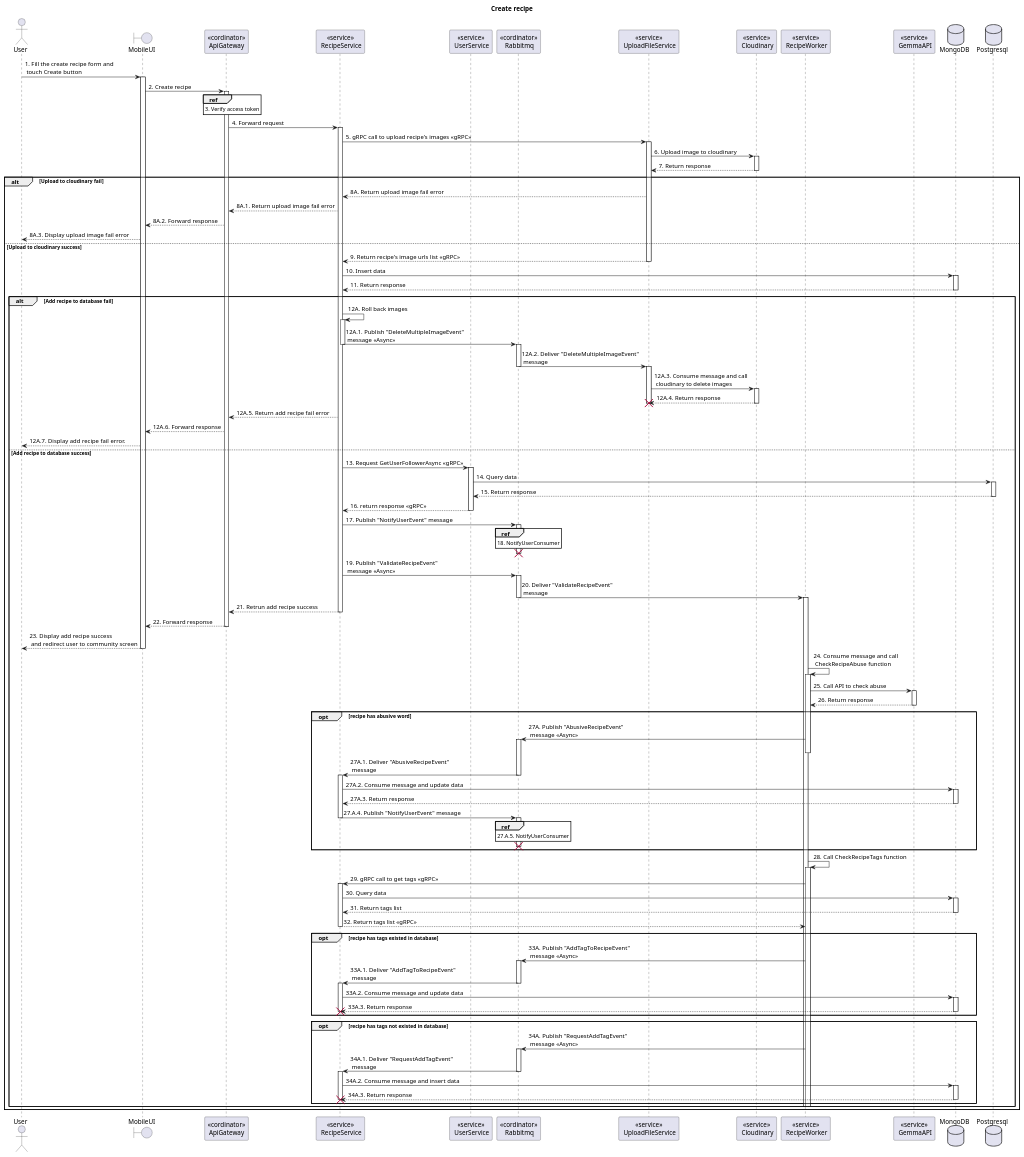
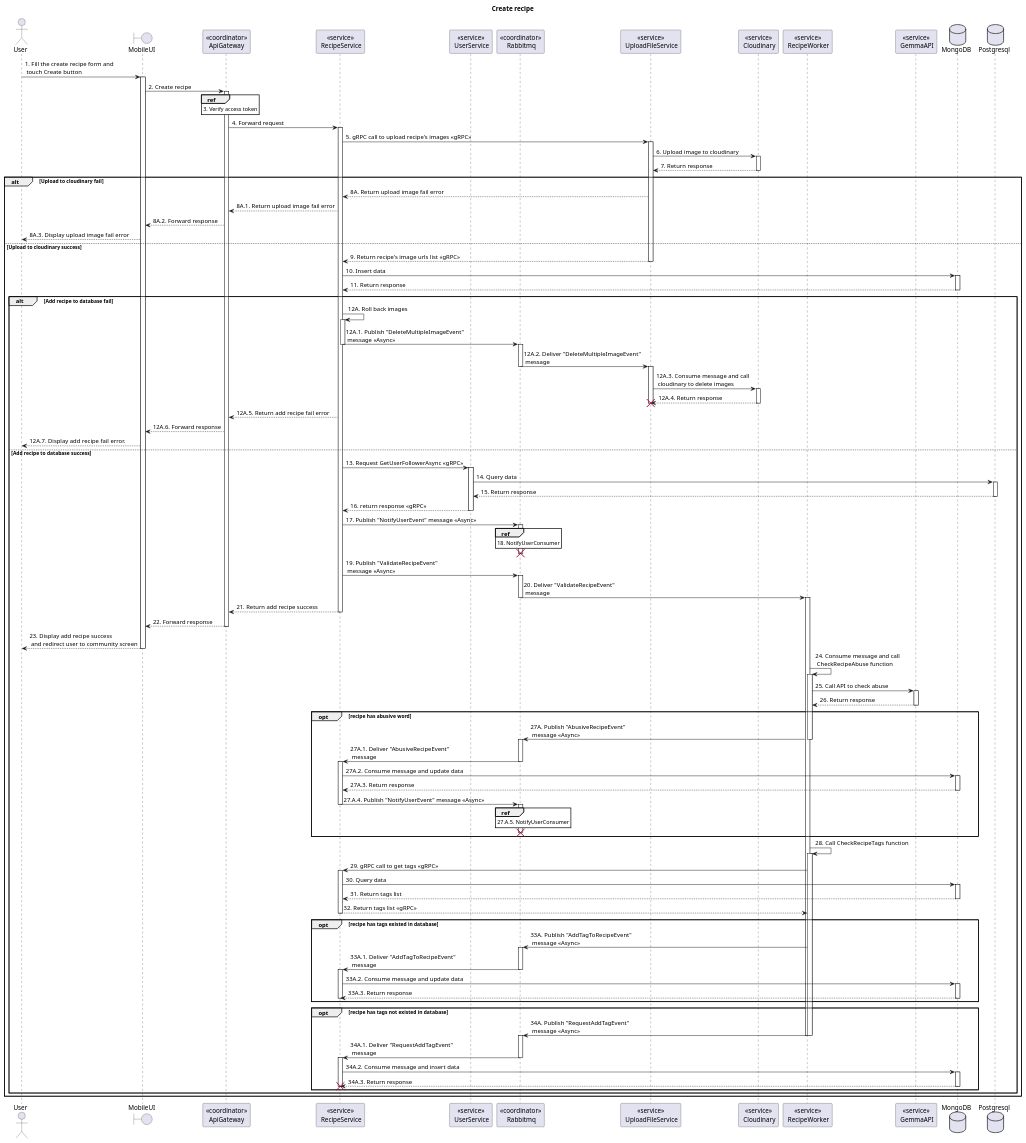
One commit to Carl-Johnsons/tastopia changed the diagram in doc/SDS/Recipe/User/Create recipe/Sequence.plantuml. Above: the diagram before and after it, drawn with PlantUML.

Commit message:
doc: fix create recipe sequence diagram

```diff
--- a/doc/SDS/Recipe/User/Create recipe/Sequence.plantuml
+++ b/doc/SDS/Recipe/User/Create recipe/Sequence.plantuml
@@ -1,137 +1,139 @@
 @startuml Sequence
 title "Create recipe"
 ' Style section
 <style>
   sequenceDiagram {
     reference {
       BackGroundColor white
     }
 }
 </style>
 
 actor User
 boundary MobileUI 
-participant "<<cordinator>>\nApiGateway" as ApiGateway
+participant "<<coordinator>>\nApiGateway" as ApiGateway
 participant "<<service>>\n RecipeService" as RecipeService
 participant "<<service>>\n UserService" as UserService
-participant "<<cordinator>>\n Rabbitmq" as Rabbitmq
+participant "<<coordinator>>\n Rabbitmq" as Rabbitmq
 participant "<<service>>\n UploadFileService" as UploadFileService
 participant "<<service>>\n Cloudinary" as Cloudinary
 participant "<<service>>\n RecipeWorker" as RecipeWorker
 participant "<<service>>\n GemmaAPI" as GemmaAPI
 database MongoDB
 database Postgresql
 
 User -> MobileUI++: 1. Fill the create recipe form and \n touch Create button
 
 MobileUI -> ApiGateway++: 2. Create recipe
 
 ref over ApiGateway: 3. Verify access token
 
 ApiGateway -> RecipeService++: 4. Forward request
 
 RecipeService -> UploadFileService++: 5. gRPC call to upload recipe's images <<gRPC>>
 UploadFileService -> Cloudinary++: 6. Upload image to cloudinary
 UploadFileService <-- Cloudinary--: 7. Return response
 
 alt Upload to cloudinary fail
     RecipeService <-- UploadFileService: 8A. Return upload image fail error
     ApiGateway <-- RecipeService: 8A.1. Return upload image fail error
     MobileUI <-- ApiGateway: 8A.2. Forward response
     User <-- MobileUI: 8A.3. Display upload image fail error
 else Upload to cloudinary success 
     RecipeService <-- UploadFileService--: 9. Return recipe's image urls list <<gRPC>>
     RecipeService -> MongoDB++: 10. Insert data
     RecipeService <-- MongoDB--: 11. Return response
     alt Add recipe to database fail
         RecipeService -> RecipeService: 12A. Roll back images
         activate RecipeService
         RecipeService -> Rabbitmq: 12A.1. Publish "DeleteMultipleImageEvent" \n message <<Async>>
         deactivate RecipeService
         activate Rabbitmq
         Rabbitmq -> UploadFileService: 12A.2. Deliver "DeleteMultipleImageEvent"\n message
         deactivate Rabbitmq
         activate UploadFileService
         UploadFileService -> Cloudinary++: 12A.3. Consume message and call \n cloudinary to delete images
         UploadFileService <-- Cloudinary--: 12A.4. Return response
         destroy UploadFileService
         deactivate UploadFileService
         ApiGateway <-- RecipeService: 12A.5. Return add recipe fail error
         MobileUI <-- ApiGateway: 12A.6. Forward response
         User <-- MobileUI: 12A.7. Display add recipe fail error.
     else Add recipe to database success
         RecipeService -> UserService++: 13. Request GetUserFollowerAsync <<gRPC>>
         UserService -> Postgresql++: 14. Query data
         UserService <-- Postgresql--: 15. Return response
         RecipeService <-- UserService--: 16. return response <<gRPC>>
 
-        RecipeService -> Rabbitmq++: 17. Publish "NotifyUserEvent" message
+        RecipeService -> Rabbitmq++: 17. Publish "NotifyUserEvent" message <<Async>>
         ref over Rabbitmq: 18. NotifyUserConsumer
-        RecipeService -[hidden]> Rabbitmq
+        RecipeService -[hidden]-> Rabbitmq
         deactivate Rabbitmq
         destroy Rabbitmq
 
         RecipeService -> Rabbitmq++: 19. Publish "ValidateRecipeEvent" \n message <<Async>>
         Rabbitmq -> RecipeWorker: 20. Deliver "ValidateRecipeEvent"\n message
         deactivate Rabbitmq
         activate RecipeWorker
-        ApiGateway <-- RecipeService--: 21. Retrun add recipe success
+        ApiGateway <-- RecipeService--: 21. Return add recipe success
         MobileUI <-- ApiGateway--: 22. Forward response
         User <-- MobileUI--: 23. Display add recipe success\n and redirect user to community screen
 
         RecipeWorker -> RecipeWorker: 24. Consume message and call \n CheckRecipeAbuse function
         activate RecipeWorker
         RecipeWorker -> GemmaAPI++: 25. Call API to check abuse
         RecipeWorker <-- GemmaAPI--: 26. Return response
 
         opt recipe has abusive word
-            RecipeWorker -> Rabbitmq++: 27A. Publish "AbusiveRecipeEvent" \n message <<Async>>
+            RecipeWorker -> Rabbitmq: 27A. Publish "AbusiveRecipeEvent" \n message <<Async>>
             deactivate RecipeWorker
+            activate Rabbitmq
             Rabbitmq -> RecipeService: 27A.1. Deliver "AbusiveRecipeEvent"\n message
             deactivate Rabbitmq
             activate RecipeService
             RecipeService -> MongoDB++: 27A.2. Consume message and update data
             RecipeService <-- MongoDB--: 27A.3. Return response
-            RecipeService -> Rabbitmq: 27.A.4. Publish "NotifyUserEvent" message
+            RecipeService -> Rabbitmq: 27.A.4. Publish "NotifyUserEvent" message <<Async>>
+            ref over Rabbitmq: 27.A.5. NotifyUserConsumer
             deactivate RecipeService
             activate Rabbitmq
-            ref over Rabbitmq: 27.A.5. NotifyUserConsumer
-            RecipeService -[hidden]> Rabbitmq
+            RecipeWorker -[hidden]-> Rabbitmq
+            destroy Rabbitmq
             deactivate Rabbitmq
-            destroy Rabbitmq
         end opt
 
         RecipeWorker -> RecipeWorker++: 28. Call CheckRecipeTags function
         RecipeWorker -> RecipeService++: 29. gRPC call to get tags <<gRPC>>
         RecipeService -> MongoDB++: 30. Query data
         RecipeService <-- MongoDB--: 31. Return tags list
         RecipeWorker <-- RecipeService--: 32. Return tags list <<gRPC>>
         opt recipe has tags existed in database
             RecipeWorker -> Rabbitmq++: 33A. Publish "AddTagToRecipeEvent" \n message <<Async>>
             Rabbitmq -> RecipeService: 33A.1. Deliver "AddTagToRecipeEvent"\n message
             deactivate Rabbitmq
             activate RecipeService
             RecipeService -> MongoDB++: 33A.2. Consume message and update data
             RecipeService <-- MongoDB--: 33A.3. Return response
-            destroy RecipeService
+            deactivate Rabbitmq
 
             deactivate RecipeService
         end opt
 
         opt recipe has tags not existed in database
-            RecipeWorker -> Rabbitmq++: 34A. Publish "RequestAddTagEvent" \n message <<Async>>
+            RecipeWorker -> Rabbitmq: 34A. Publish "RequestAddTagEvent" \n message <<Async>>
+            deactivate RecipeWorker
+            deactivate RecipeWorker
+            activate Rabbitmq
             Rabbitmq -> RecipeService: 34A.1. Deliver "RequestAddTagEvent"\n message
+            deactivate Rabbitmq
             deactivate Rabbitmq
             activate RecipeService
             RecipeService -> MongoDB++: 34A.2. Consume message and insert data
             RecipeService <-- MongoDB--: 34A.3. Return response
             destroy RecipeService
             deactivate RecipeService
         end opt
-        deactivate Rabbitmq
-        deactivate RecipeWorker
-        deactivate RecipeWorker
     end alt
 end alt
 
 @enduml
```
